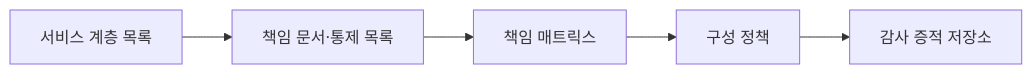
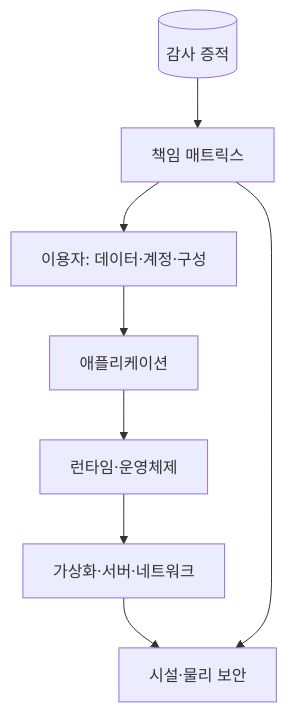
Before and after one commit to agnusdei1207/knowledge-base: the first of 2 diagrams in src/content/docs/notes/03-software/145_shared_responsibility_model.md, drawn with Mermaid. The commit also changed other lines of this file and 7 other files, not shown here.

````diff
--- a/src/content/docs/notes/03-software/145_shared_responsibility_model.md
+++ b/src/content/docs/notes/03-software/145_shared_responsibility_model.md
@@ -57,7 +52,10 @@
 ```mermaid
-flowchart LR
-    A[서비스 계층 목록] --> B[책임 문서·통제 목록]
-    B --> C[책임 매트릭스]
-    C --> D[구성 정책]
-    D --> E[감사 증적 저장소]
+flowchart TB
+    U[이용자: 데이터·계정·구성] --> A[애플리케이션]
+    A --> R[런타임·운영체제]
+    R --> I[가상화·서버·네트워크]
+    I --> F[시설·물리 보안]
+    M[책임 매트릭스] --> U
+    M --> F
+    E[(감사 증적)] --> M
 ```
````
